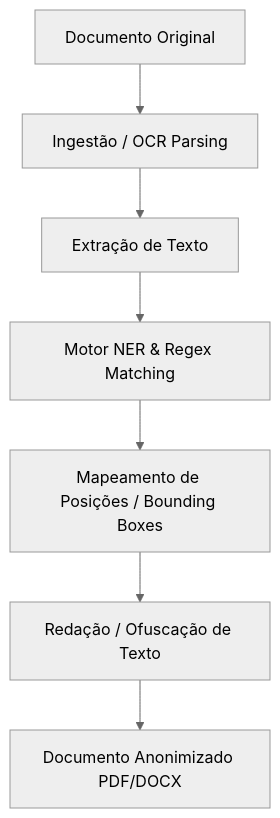
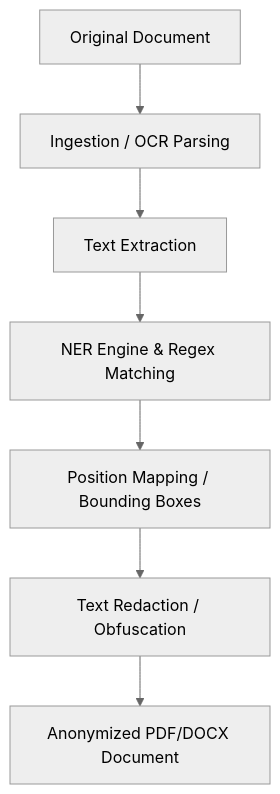
Before and after one commit to PEI-DocShield/DocShieldSite: the diagram in my-website/docs/architecture.md, drawn with Mermaid (neutral theme). The commit also changed other lines of this file and 11 other files, not shown here.

````diff
--- a/my-website/docs/architecture.md
+++ b/my-website/docs/architecture.md
@@ -10,9 +10,9 @@
 ```mermaid
 graph TD
-    A[Documento Original] --> B[Ingestão / OCR Parsing]
-    B --> C[Extração de Texto]
-    C --> D[Motor NER & Regex Matching]
-    D --> E[Mapeamento de Posições / Bounding Boxes]
-    E --> F[Redação / Ofuscação de Texto]
-    F --> G[Documento Anonimizado PDF/DOCX]
+    A[Original Document] --> B[Ingestion / OCR Parsing]
+    B --> C[Text Extraction]
+    C --> D[NER Engine & Regex Matching]
+    D --> E[Position Mapping / Bounding Boxes]
+    E --> F[Text Redaction / Obfuscation]
+    F --> G[Anonymized PDF/DOCX Document]
 ```
````
